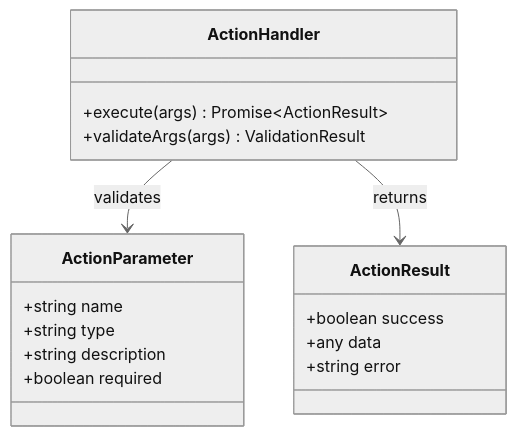
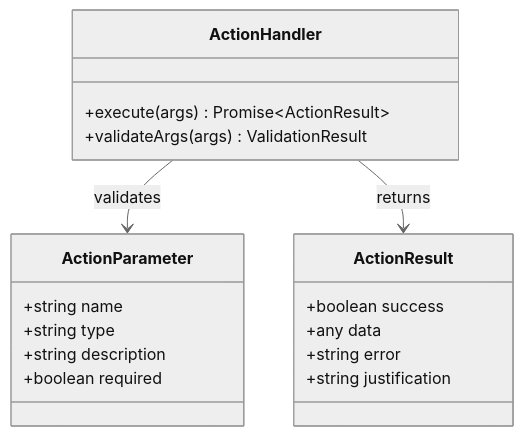
One commit to peixuanhu/goal-mate changed the sixth of 10 diagrams in .qoder/repowiki/en/content/API Reference/Copilot Integration Endpoints.md. Above: the diagram before and after it, drawn with Mermaid (neutral theme). The commit also changed other lines of this file and 10 other files, not shown here.

````diff
--- a/.qoder/repowiki/en/content/API Reference/Copilot Integration Endpoints.md
+++ b/.qoder/repowiki/en/content/API Reference/Copilot Integration Endpoints.md
@@ -358,20 +385,21 @@
 ```mermaid
 classDiagram
 class ActionParameter {
 +string name
 +string type
 +string description
 +boolean required
 }
 class ActionHandler {
 +execute(args) Promise~ActionResult~
 +validateArgs(args) ValidationResult
 }
 class ActionResult {
 +boolean success
 +any data
 +string error
++string justification
 }
 ActionHandler --> ActionParameter : validates
 ActionHandler --> ActionResult : returns
 ```
````
